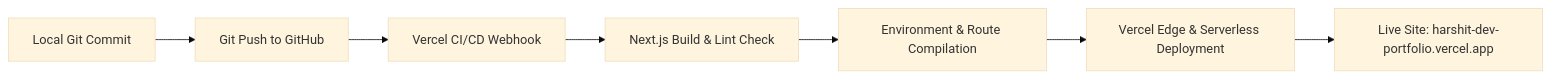
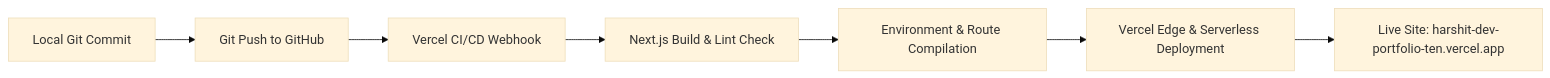
One commit to harshit-1318/harshit-dev-portfolio changed the third of 3 diagrams in docs/architecture.md. Above: the diagram before and after it, drawn with Mermaid (base theme). The commit also changed 11 other files, not shown here.

Commit message:
fix(links): update live Vercel URL to harshit-dev-portfolio-ten.vercel.app and LinkedIn to harshitkumar-dev1318

````diff
--- a/docs/architecture.md
+++ b/docs/architecture.md
@@ -165,9 +165,9 @@
 ```mermaid
 graph LR
     Local[Local Git Commit] --> Push[Git Push to GitHub]
     Push --> Vercel[Vercel CI/CD Webhook]
     Vercel --> Build[Next.js Build & Lint Check]
     Build --> Test[Environment & Route Compilation]
     Test --> Deploy[Vercel Edge & Serverless Deployment]
-    Deploy --> Live[Live Site: harshit-dev-portfolio.vercel.app]
+    Deploy --> Live[Live Site: harshit-dev-portfolio-ten.vercel.app]
 ```
````
